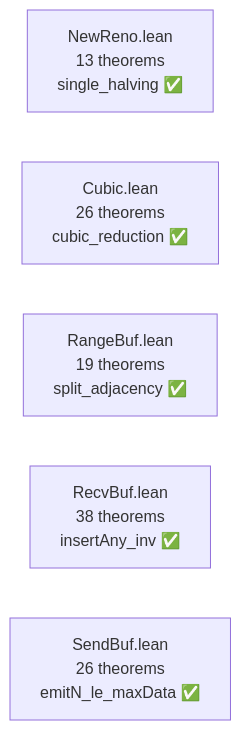
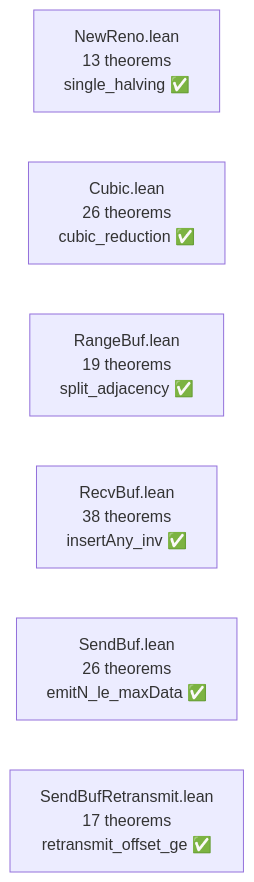
One commit to dsyme/quiche changed the fourth of 7 diagrams in formal-verification/REPORT.md. Above: the diagram before and after it, drawn with Mermaid. The commit also changed other lines of this file and 1 other file, not shown here.

````diff
--- a/formal-verification/REPORT.md
+++ b/formal-verification/REPORT.md
@@ -125,8 +140,9 @@
 ```mermaid
 graph LR
     NR["NewReno.lean<br/>13 theorems<br/>single_halving ✅"]
     CU["Cubic.lean<br/>26 theorems<br/>cubic_reduction ✅"]
     RB["RangeBuf.lean<br/>19 theorems<br/>split_adjacency ✅"]
     RC["RecvBuf.lean<br/>38 theorems<br/>insertAny_inv ✅"]
     SB["SendBuf.lean<br/>26 theorems<br/>emitN_le_maxData ✅"]
+    SBR["SendBufRetransmit.lean<br/>17 theorems<br/>retransmit_offset_ge ✅"]
 ```
````
